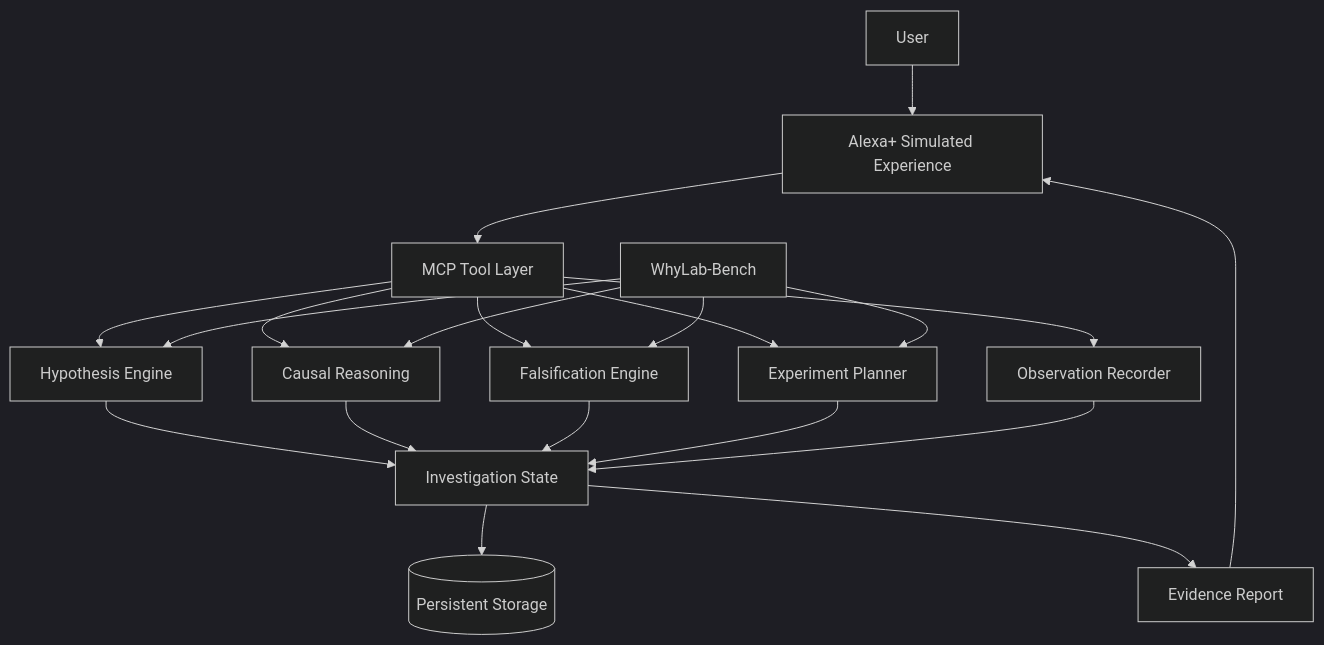
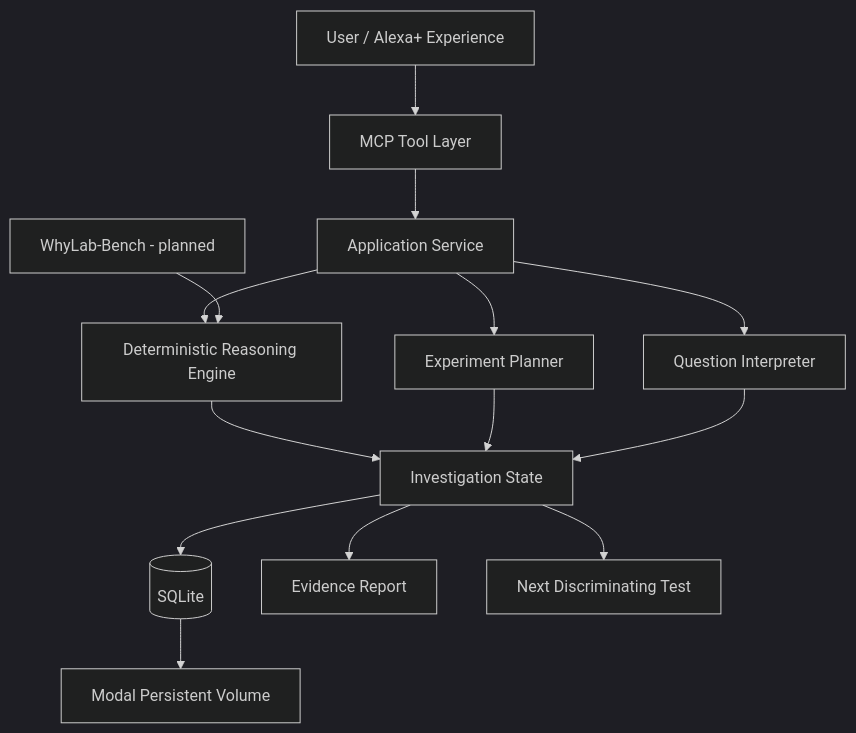
Before and after one commit to Grolds-Code/WhyLab: the diagram in README.md, drawn with Mermaid (dark theme). The commit also changed other lines of this file, not shown here.

Commit message:
Update README for working WhyLab backend

````diff
--- a/README.md
+++ b/README.md
@@ -159,27 +183,21 @@
 ```mermaid
 flowchart TD
-    U[User] --> A[Alexa+ Simulated Experience]
-    A --> M[MCP Tool Layer]
+    U[User / Alexa+ Experience] --> M[MCP Tool Layer]
 
-    M --> H[Hypothesis Engine]
-    M --> C[Causal Reasoning]
-    M --> F[Falsification Engine]
-    M --> E[Experiment Planner]
-    M --> O[Observation Recorder]
+    M --> A[Application Service]
+    A --> I[Question Interpreter]
+    A --> R[Deterministic Reasoning Engine]
+    A --> P[Experiment Planner]
 
-    H --> S[Investigation State]
-    C --> S
-    F --> S
-    E --> S
-    O --> S
+    R --> S[Investigation State]
+    P --> S
+    I --> S
 
-    S --> P[(Persistent Storage)]
+    S --> DB[(SQLite)]
+    DB --> V[Modal Persistent Volume]
 
-    S --> R[Evidence Report]
-    R --> A
+    S --> E[Evidence Report]
+    S --> N[Next Discriminating Test]
 
-    B[WhyLab-Bench] --> H
-    B --> C
-    B --> F
-    B --> E
+    B[WhyLab-Bench - planned] --> R
 ```
````
